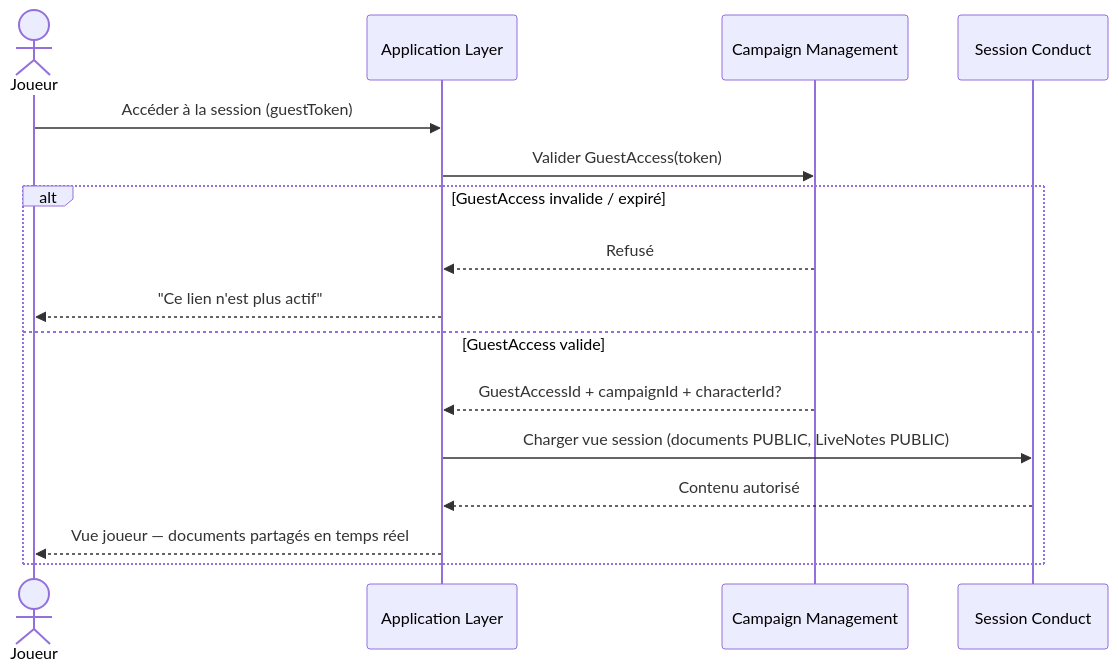
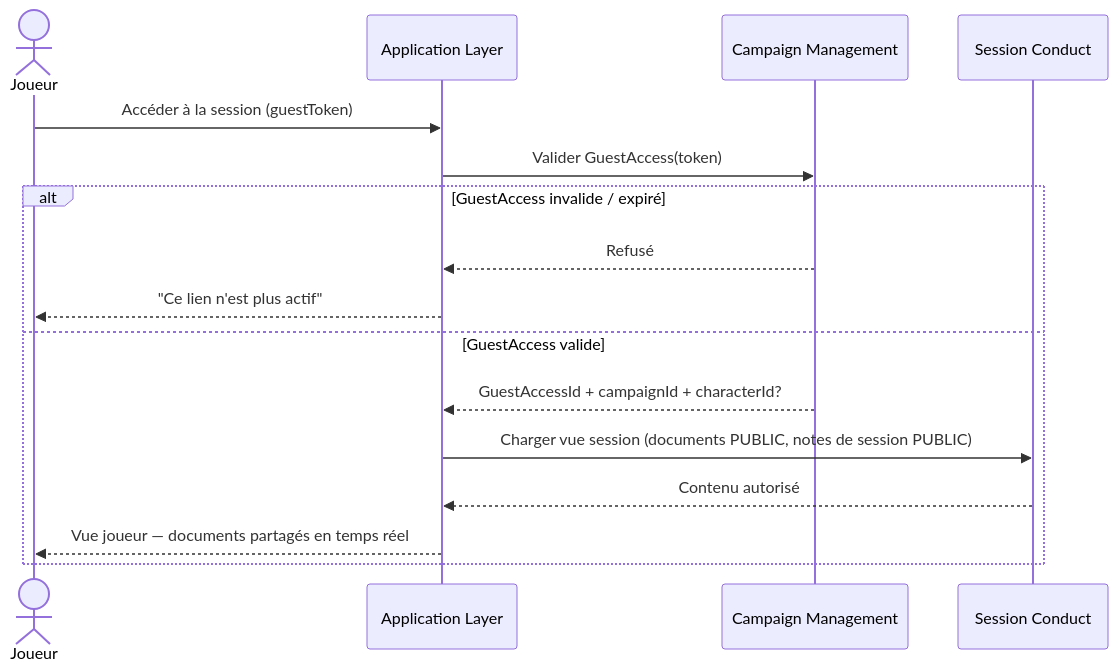
Before and after one commit to 2025-10-CDA-ECO-P6/PM-micro-saas: the ninth of 9 diagrams in docs/conception/domain/diagrams/flows/session-conduct.md, drawn with Mermaid. The commit also changed other lines of this file and 17 other files, not shown here.

````diff
--- a/docs/conception/domain/diagrams/flows/session-conduct.md
+++ b/docs/conception/domain/diagrams/flows/session-conduct.md
@@ -142,19 +142,19 @@
 ```mermaid
 sequenceDiagram
     actor Joueur
     participant App as Application Layer
     participant CM as Campaign Management
     participant SC as Session Conduct
 
     Joueur->>App: Accéder à la session (guestToken)
     App->>CM: Valider GuestAccess(token)
     alt GuestAccess invalide / expiré
         CM-->>App: Refusé
         App-->>Joueur: "Ce lien n'est plus actif"
     else GuestAccess valide
         CM-->>App: GuestAccessId + campaignId + characterId?
-        App->>SC: Charger vue session (documents PUBLIC, LiveNotes PUBLIC)
+        App->>SC: Charger vue session (documents PUBLIC, notes de session PUBLIC)
         SC-->>App: Contenu autorisé
         App-->>Joueur: Vue joueur — documents partagés en temps réel
     end
 ```
````
